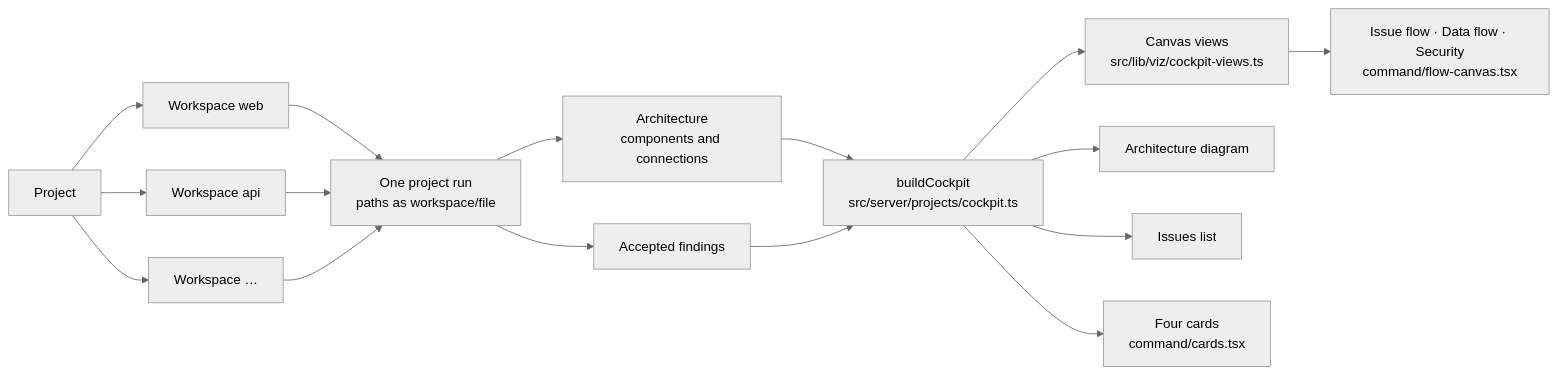
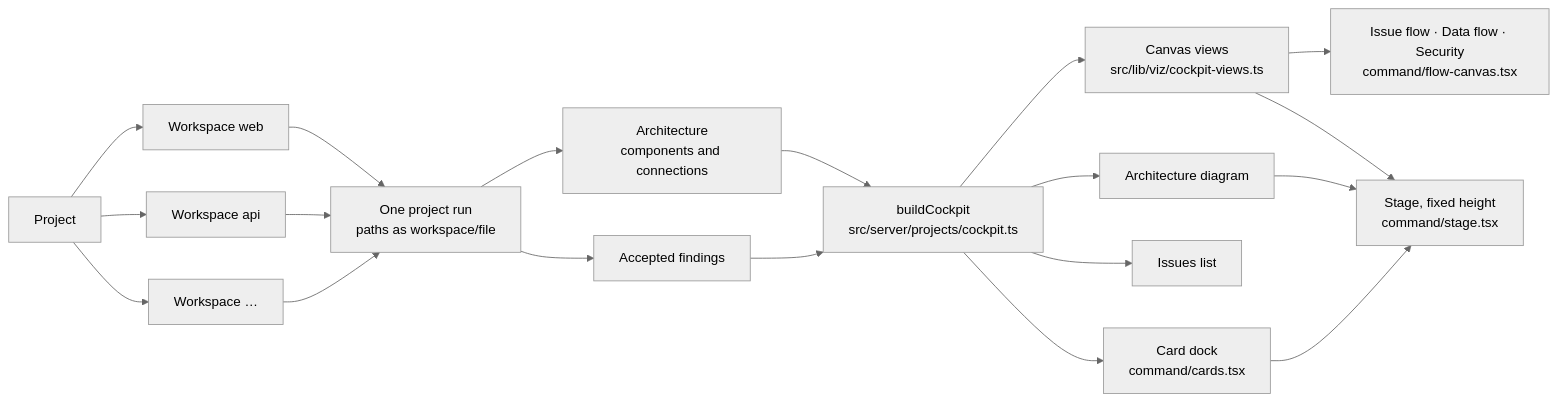
The eighth of 10 diagrams in docs/architecture.md (rvren/windtunnel), drawn with Mermaid (neutral theme) before and after one commit. The commit also changed other lines of this file and 11 other files, not shown here.

First line of the commit message:
The cockpit on one stage of fixed height, with overlays

````diff
--- a/docs/architecture.md
+++ b/docs/architecture.md
@@ -283,13 +283,14 @@
 ```mermaid
 flowchart LR
   p["Project"] --> w1["Workspace web"] & w2["Workspace api"] & w3["Workspace …"]
   w1 & w2 & w3 --> run["One project run<br/>paths as workspace/file"]
   run --> arch["Architecture<br/>components and connections"]
   run --> groups["Accepted findings"]
   arch & groups --> c["buildCockpit<br/>src/server/projects/cockpit.ts"]
   c --> v["Canvas views<br/>src/lib/viz/cockpit-views.ts"]
   v --> s["Issue flow · Data flow · Security<br/>command/flow-canvas.tsx"]
   c --> d["Architecture diagram"]
   c --> i["Issues list"]
-  c --> n["Four cards<br/>command/cards.tsx"]
+  c --> n["Card dock<br/>command/cards.tsx"]
+  v & d & n --> st["Stage, fixed height<br/>command/stage.tsx"]
 ```
````
